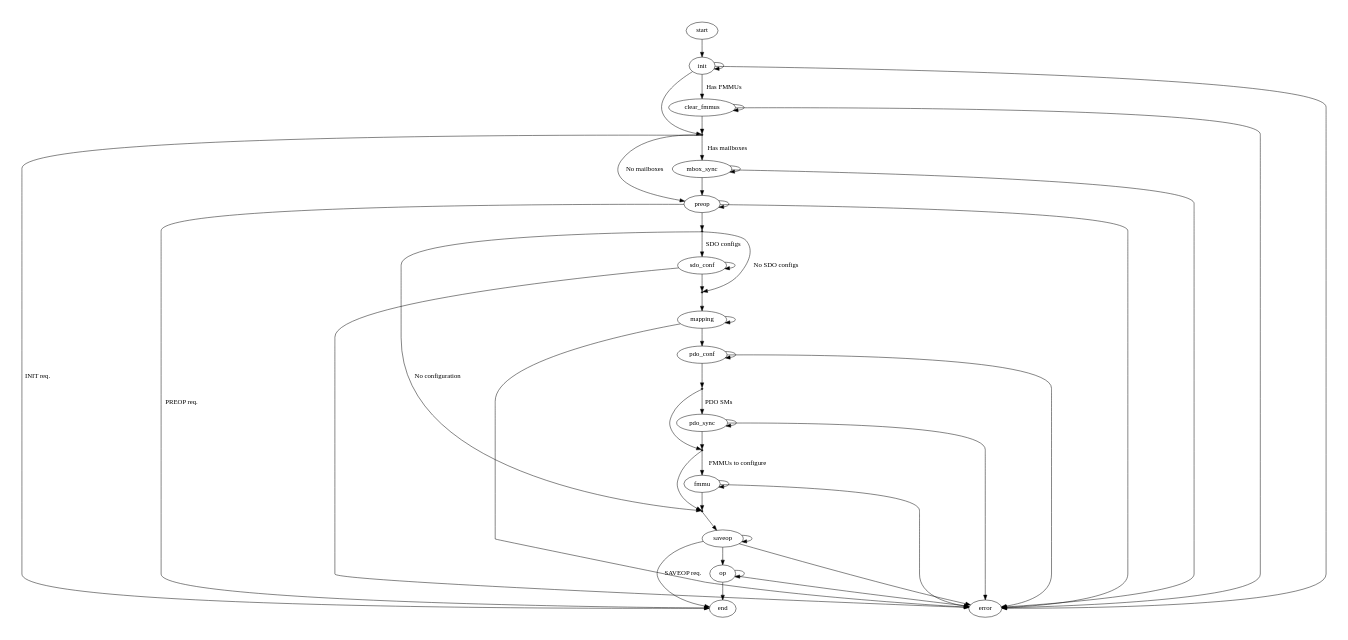
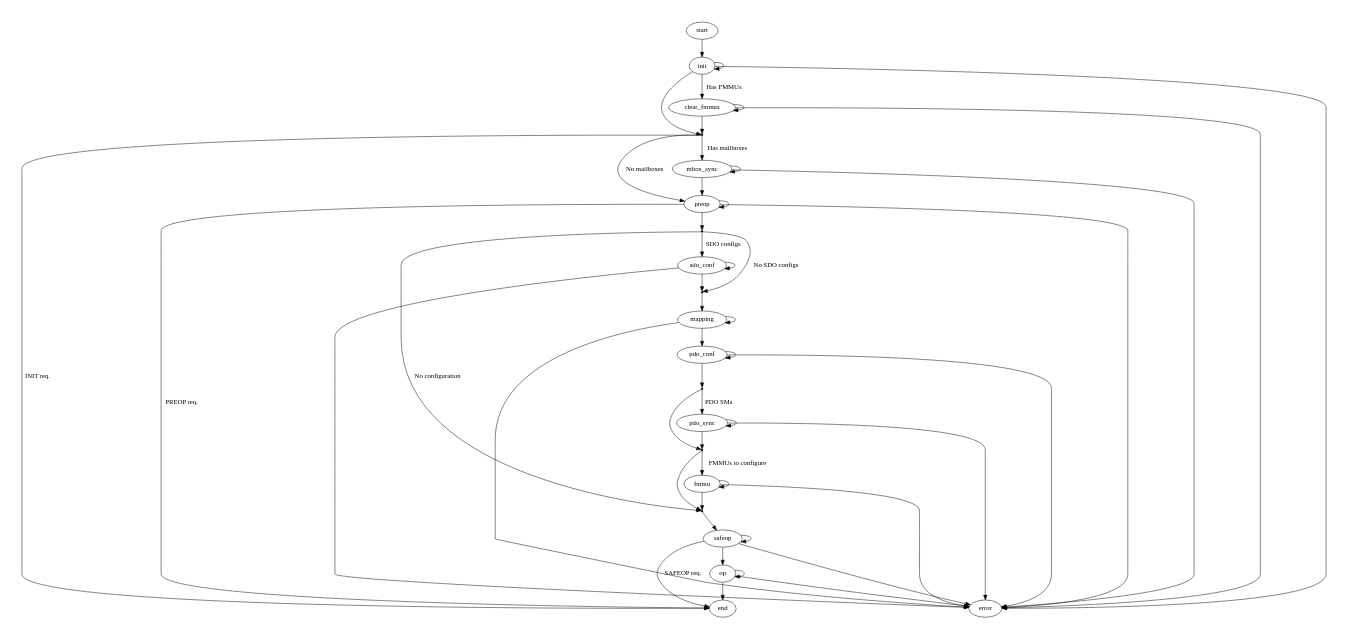
The diagram in documentation/graphs/fsm_slave_conf.dot (ribalda/ethercat), drawn with Graphviz before and after one commit. The commit also changed 11 other files, not shown here.

Commit message:
Fixed typo SAVEOP -> SAFEOP.

```diff
--- a/documentation/graphs/fsm_slave_conf.dot
+++ b/documentation/graphs/fsm_slave_conf.dot
@@ -1,65 +1,65 @@
 
 /* $Id$ */
 
 digraph slaveconf {
     size="7,9"
     center=1
 	ratio=fill
 
     enter_mbox_sync [shape=point,label=""]
     enter_fmmu [shape=point,label=""]
     enter_sdo_conf [shape=point,label=""]
     enter_mapping [shape=point,label=""]
     enter_pdo_sync [shape=point,label=""]
-    enter_saveop [shape=point,label=""]
+    enter_safeop [shape=point,label=""]
 
     start -> init [weight=10]
     init -> init
     init -> error
     init -> enter_mbox_sync
     init -> clear_fmmus [label="Has FMMUs", weight=10]
     clear_fmmus -> clear_fmmus
     clear_fmmus -> error
     clear_fmmus -> enter_mbox_sync [weight=10]
     enter_mbox_sync -> end [label="INIT req."]
     enter_mbox_sync -> preop [label="No mailboxes"]
     enter_mbox_sync -> mbox_sync [label="Has mailboxes", weight=10]
     mbox_sync -> mbox_sync
     mbox_sync -> error
     mbox_sync -> preop [weight=10]
     preop -> preop
     preop -> error
     preop -> end [label="PREOP req."]
     preop -> enter_sdo_conf [weight=10]
-    enter_sdo_conf -> enter_saveop [label="No configuration"]
+    enter_sdo_conf -> enter_safeop [label="No configuration"]
     enter_sdo_conf -> enter_mapping [label="No SDO configs"]
     enter_sdo_conf -> sdo_conf [label="SDO configs", weight=10]
     sdo_conf -> sdo_conf
     sdo_conf -> error
     sdo_conf -> enter_mapping [weight=10]
     enter_mapping -> mapping [weight=10]
     mapping -> mapping
     mapping -> error
     mapping -> pdo_conf [weight=10]
     pdo_conf -> pdo_conf
     pdo_conf -> error
     pdo_conf -> enter_pdo_sync [weight=10]
     enter_pdo_sync -> pdo_sync [label="PDO SMs", weight=10]
     enter_pdo_sync -> enter_fmmu
     pdo_sync -> pdo_sync
     pdo_sync -> error
     pdo_sync -> enter_fmmu [weight=10]
-    enter_fmmu -> enter_saveop
+    enter_fmmu -> enter_safeop
     enter_fmmu -> fmmu [label="FMMUs to configure", weight=10]
     fmmu -> fmmu
     fmmu -> error
-    fmmu -> enter_saveop [weight=10]
-    enter_saveop -> saveop
-    saveop -> saveop
-    saveop -> error
-    saveop -> end [label="SAVEOP req."]
-    saveop -> op [weight=10]
+    fmmu -> enter_safeop [weight=10]
+    enter_safeop -> safeop
+    safeop -> safeop
+    safeop -> error
+    safeop -> end [label="SAFEOP req."]
+    safeop -> op [weight=10]
     op -> op
     op -> error
     op -> end [weight=10]
 }
```
